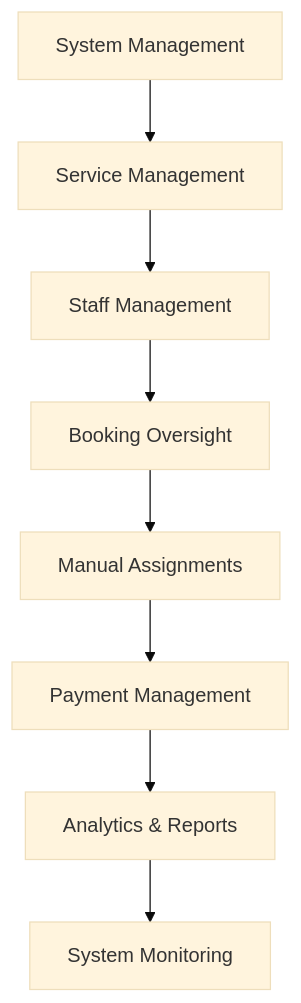
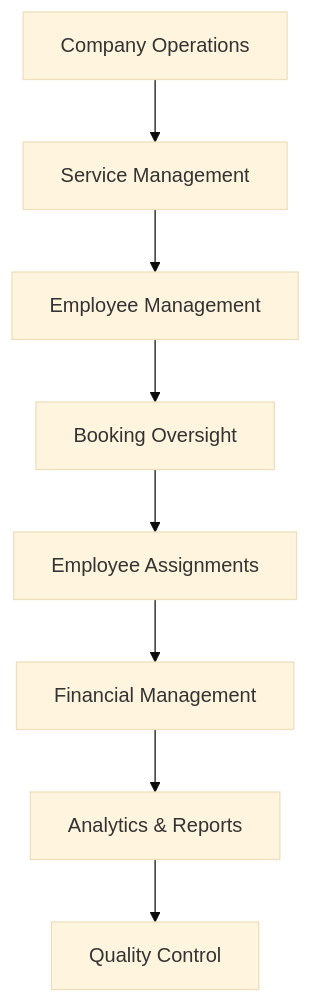
The ninth of 12 diagrams in PROJECT_FLOWS.md (HomeCleaningServiceMobile/MobileHomeServiceApi), drawn with Mermaid (base theme) before and after one commit. The commit also changed other lines of this file, not shown here.

````diff
--- a/PROJECT_FLOWS.md
+++ b/PROJECT_FLOWS.md
@@ -370,10 +370,10 @@
 ```mermaid
 graph TD
-    A[System Management] --> B[Service Management]
-    B --> C[Staff Management]
+    A[Company Operations] --> B[Service Management]
+    B --> C[Employee Management]
     C --> D[Booking Oversight]
-    D --> E[Manual Assignments]
-    E --> F[Payment Management]
+    D --> E[Employee Assignments]
+    E --> F[Financial Management]
     F --> G[Analytics & Reports]
-    G --> H[System Monitoring]
+    G --> H[Quality Control]
 ```
````
